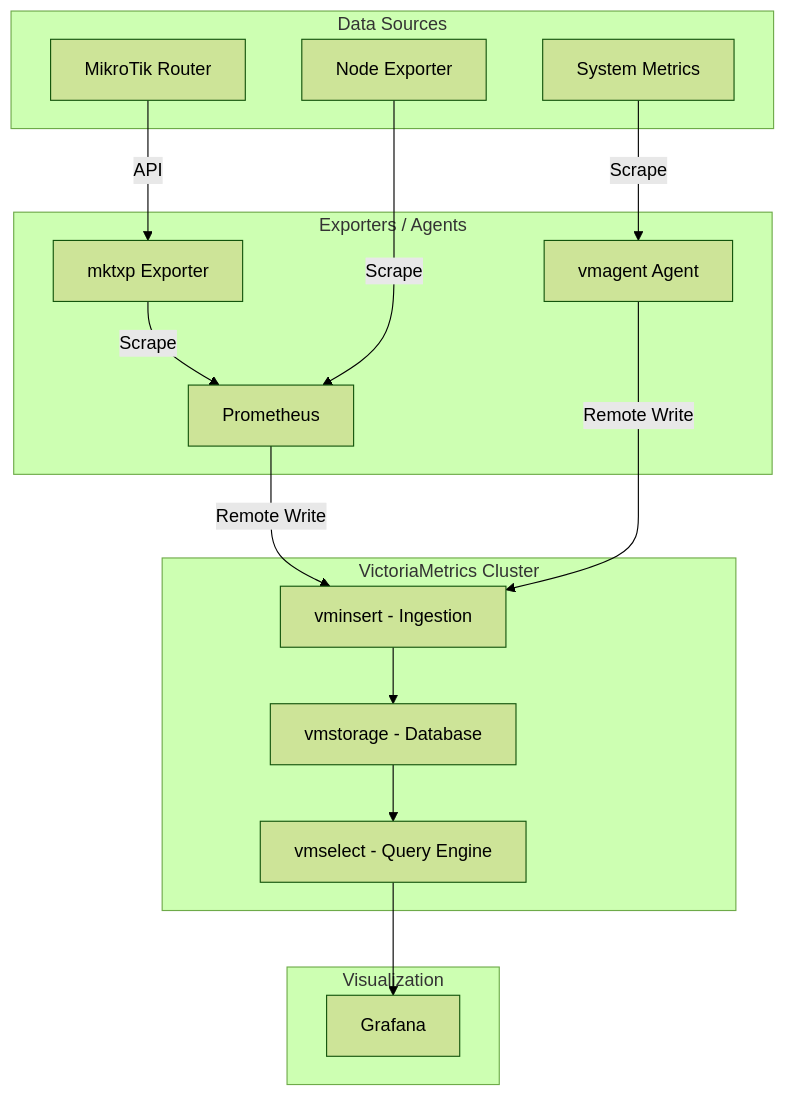
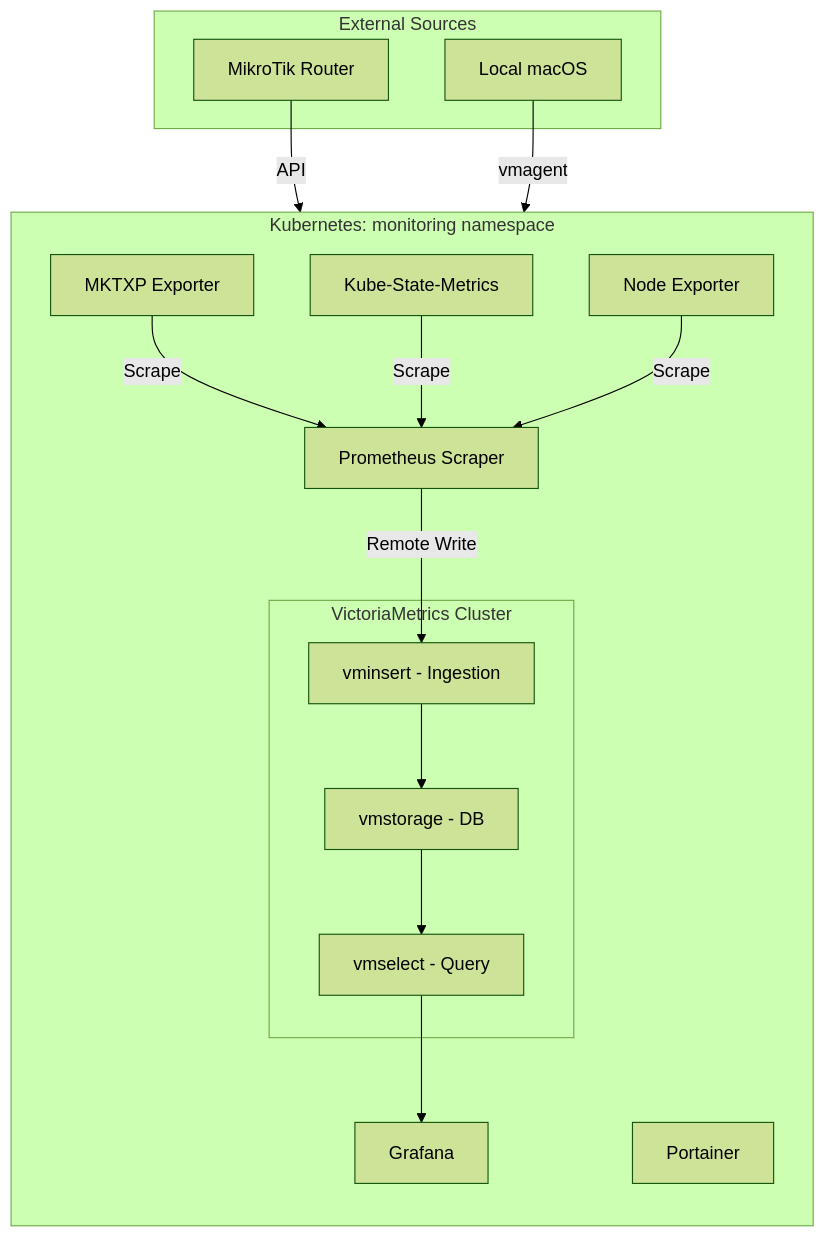
Before and after one commit to nekirc/Monitoring-Stack: the first of 3 diagrams in README.md, drawn with Mermaid (forest theme). The commit also changed other lines of this file, not shown here.

````diff
--- a/README.md
+++ b/README.md
@@ -11,36 +10,36 @@
 ```mermaid
 graph TD
-    subgraph "Data Sources"
+    subgraph "External Sources"
         MKT[MikroTik Router]
-        NODE[Node Exporter]
-        SYS[System Metrics]
+        MAC[Local macOS]
     end
 
-    subgraph "Exporters / Agents"
-        MKTXP[mktxp Exporter]
-        VMA[vmagent Agent]
-        PROM[Prometheus]
-    end
-
-    subgraph "VictoriaMetrics Cluster"
-        VMI[vminsert - Ingestion]
-        VMS[vmstorage - Database]
-        VMQ[vmselect - Query Engine]
-    end
-
-    subgraph "Visualization"
+    subgraph "Kubernetes: monitoring namespace"
+        direction TB
+        MKTXP[MKTXP Exporter]
+        PROM[Prometheus Scraper]
+        KSM[Kube-State-Metrics]
+        NODE[Node Exporter]
+        
+        subgraph "VictoriaMetrics Cluster"
+            VMI[vminsert - Ingestion]
+            VMS[vmstorage - DB]
+            VMQ[vmselect - Query]
+        end
+        
         GRAF[Grafana]
+        PORT[Portainer]
     end
 
     MKT -->|API| MKTXP
     MKTXP -->|Scrape| PROM
+    KSM -->|Scrape| PROM
     NODE -->|Scrape| PROM
-    SYS -->|Scrape| VMA
+    PROM -->|Remote Write| VMI
     
-    PROM -->|Remote Write| VMI
-    VMA -->|Remote Write| VMI
+    MAC -->|vmagent| VMI
     
     VMI --> VMS
     VMS --> VMQ
     VMQ --> GRAF
 ```
````
